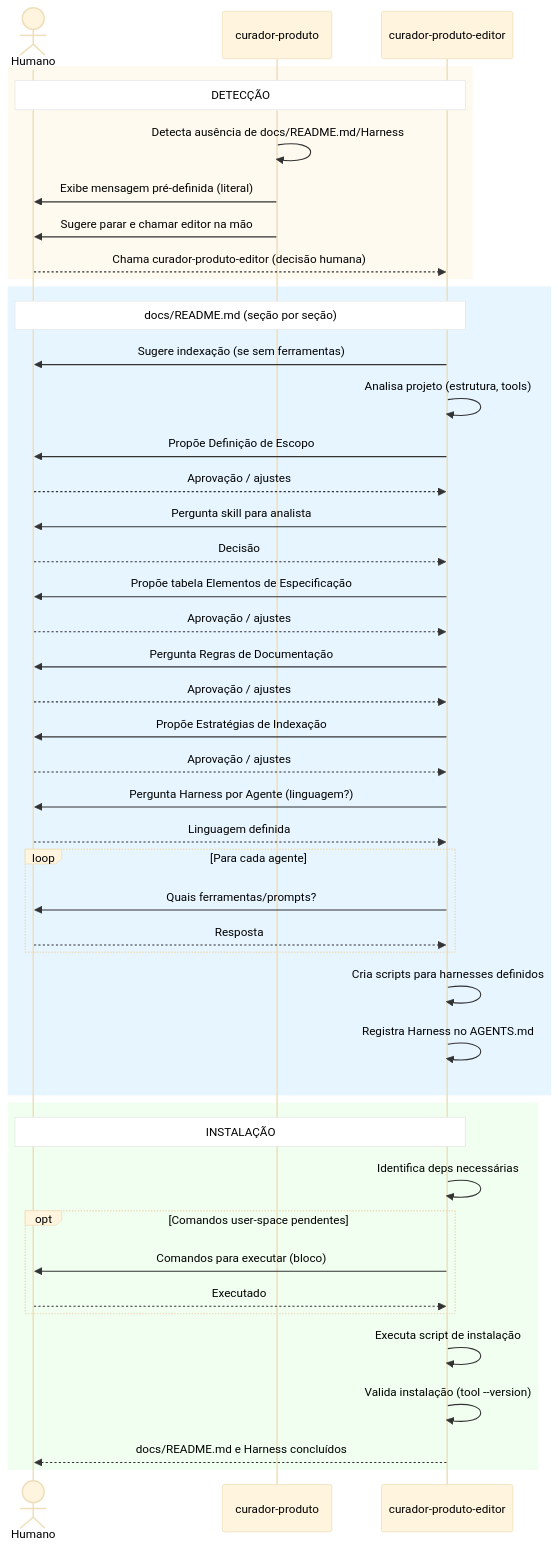
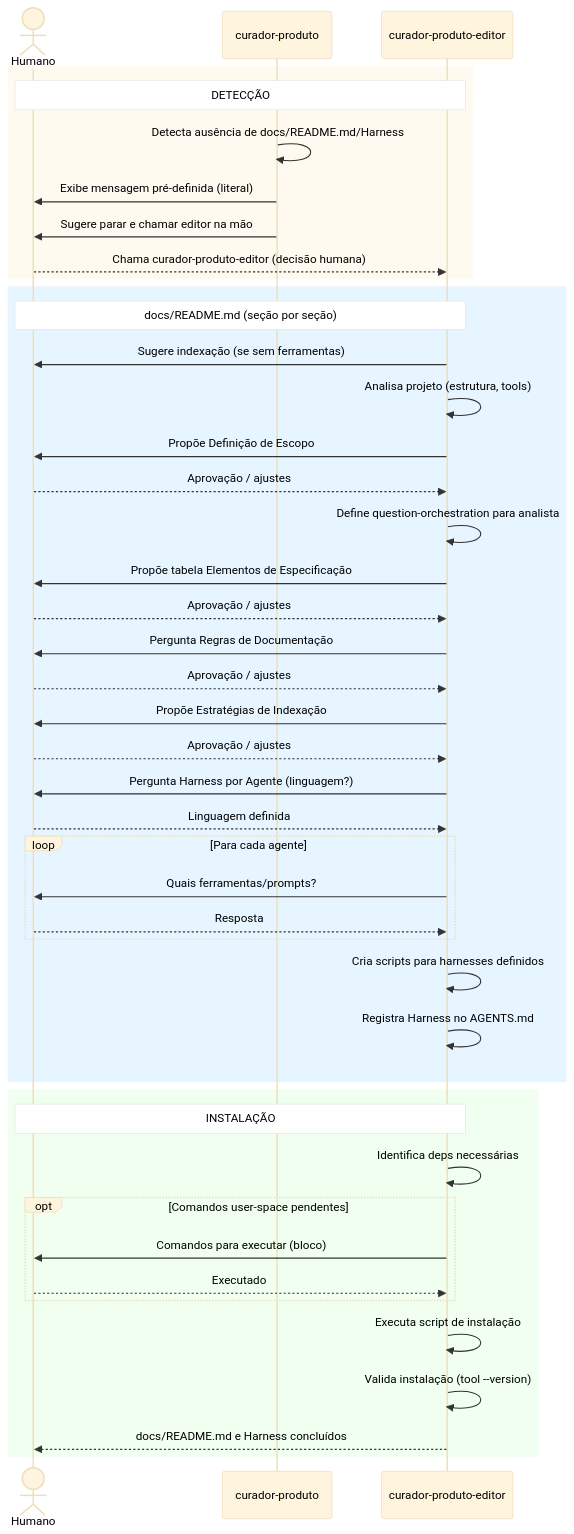
The diagram in docs/workflow-curadoria.md (vitormcruz/opencode-global-config), drawn with Mermaid before and after one commit. The commit also changed other lines of this file and 11 other files, not shown here.

Commit message:
refactor(agents): adota question-orchestration

````diff
--- a/docs/workflow-curadoria.md
+++ b/docs/workflow-curadoria.md
@@ -406,59 +408,58 @@
 ```mermaid
 %%{init: {'theme': 'base', 'themeVariables': {
     'actorTextColor': '#000000',
     'signalTextColor': '#000000',
     'labelTextColor': '#000000',
     'noteBkgColor': '#ffffff',
     'noteTextColor': '#000000',
     'activationBorderColor': '#666666',
     'sequenceNumberColor': '#000000'
 }}}%%
 sequenceDiagram
     actor Humano
     participant cur as curador-produto
     participant edit as curador-produto-editor
 
     rect rgb(255, 250, 240)
     Note over Humano, edit: DETECÇÃO
     cur ->> cur: Detecta ausência de docs/README.md/Harness
     cur ->> Humano: Exibe mensagem pré-definida (literal)
     cur ->> Humano: Sugere parar e chamar editor na mão
     Humano -->> edit: Chama curador-produto-editor (decisão humana)
     end
 
     rect rgb(230, 245, 255)
     Note over Humano, edit: docs/README.md (seção por seção)
     edit ->> Humano: Sugere indexação (se sem ferramentas)
     edit ->> edit: Analisa projeto (estrutura, tools)
     edit ->> Humano: Propõe Definição de Escopo
     Humano -->> edit: Aprovação / ajustes
-    edit ->> Humano: Pergunta skill para analista
-    Humano -->> edit: Decisão
+    edit ->> edit: Define question-orchestration para analista
     edit ->> Humano: Propõe tabela Elementos de Especificação
     Humano -->> edit: Aprovação / ajustes
     edit ->> Humano: Pergunta Regras de Documentação
     Humano -->> edit: Aprovação / ajustes
     edit ->> Humano: Propõe Estratégias de Indexação
     Humano -->> edit: Aprovação / ajustes
     edit ->> Humano: Pergunta Harness por Agente (linguagem?)
     Humano -->> edit: Linguagem definida
     loop Para cada agente
         edit ->> Humano: Quais ferramentas/prompts?
         Humano -->> edit: Resposta
     end
     edit ->> edit: Cria scripts para harnesses definidos
     edit ->> edit: Registra Harness no AGENTS.md
     end
 
     rect rgb(240, 255, 240)
     Note over Humano, edit: INSTALAÇÃO
     edit ->> edit: Identifica deps necessárias
     opt Comandos user-space pendentes
         edit ->> Humano: Comandos para executar (bloco)
         Humano -->> edit: Executado
     end
     edit ->> edit: Executa script de instalação
     edit ->> edit: Valida instalação (tool --version)
     edit -->> Humano: docs/README.md e Harness concluídos
     end
 ```
````
